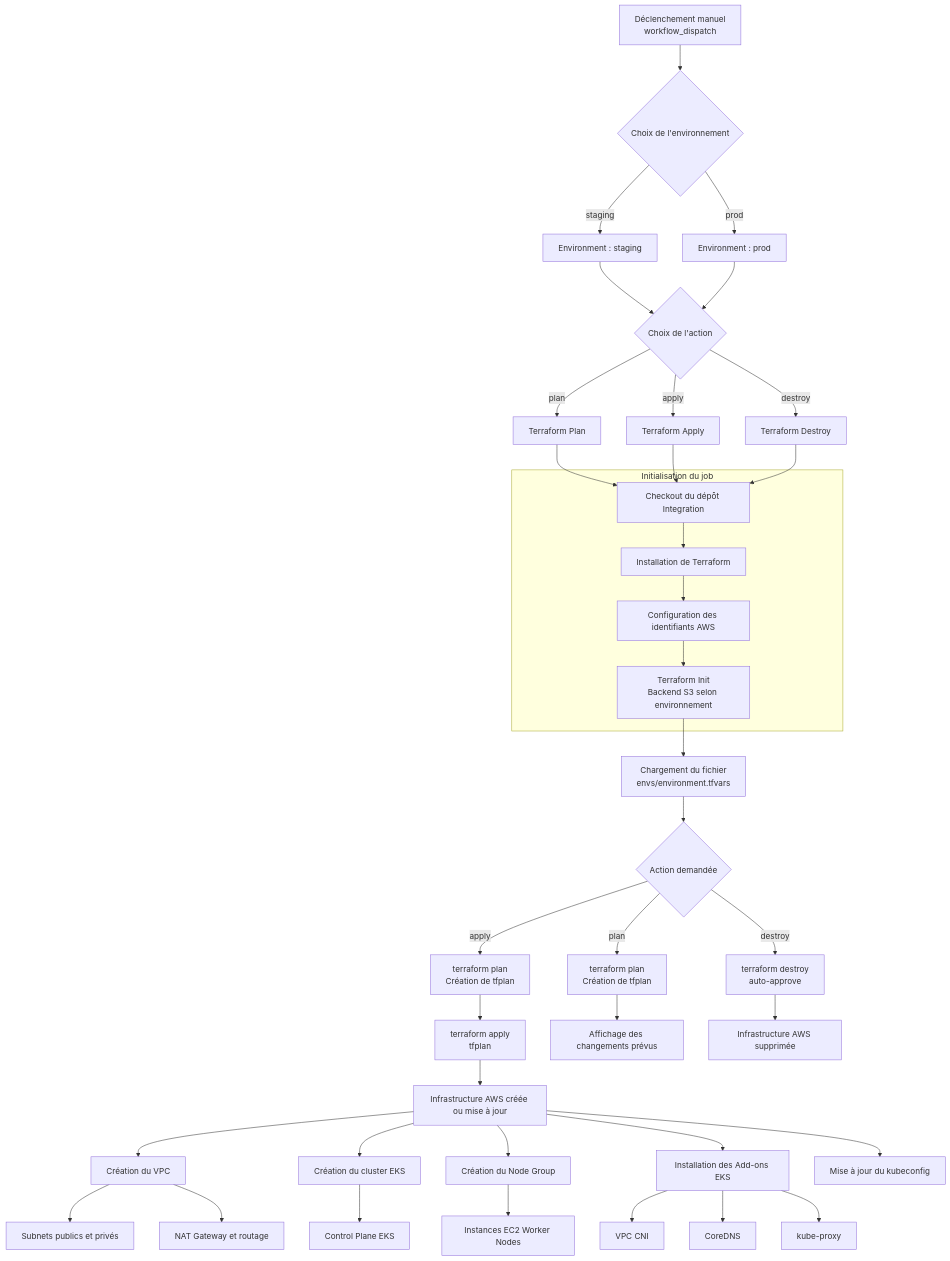
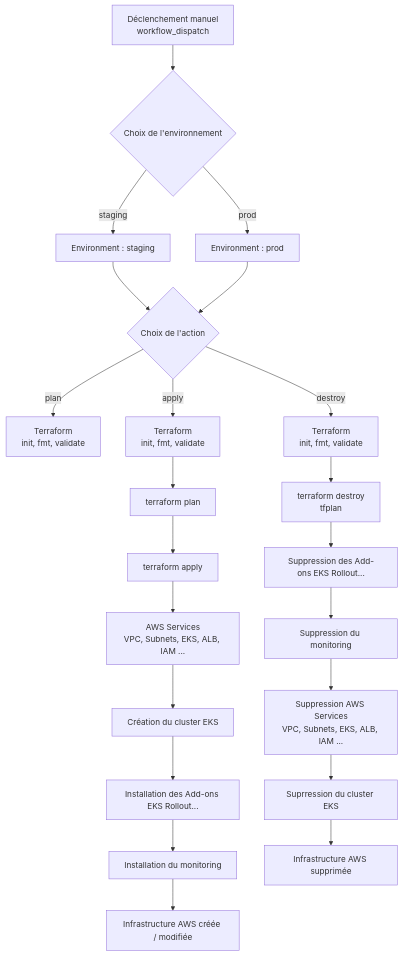
One commit to Project6-Organisation/Project6-Integration changed the diagram in docs/pipeline-infra.md. Above: the diagram before and after it, drawn with Mermaid.

Commit message:
fix: mermaid infra

````diff
--- a/docs/pipeline-infra.md
+++ b/docs/pipeline-infra.md
@@ -26,63 +26,33 @@
 ```mermaid
 flowchart TD
 
     A[Déclenchement manuel<br/>workflow_dispatch]
 
     A --> B{Choix de l'environnement}
 
     B -->|staging| C[Environment : staging]
     B -->|prod| D[Environment : prod]
 
     C --> E{Choix de l'action}
     D --> E
 
-    E -->|plan| F[Terraform Plan]
-    E -->|apply| G[Terraform Apply]
-    E -->|destroy| H[Terraform Destroy]
+    E -->|plan| F[Terraform<br/>init, fmt, validate]
+    E -->|apply| AA[Terraform<br/>init, fmt, validate]
+    E -->|destroy| DA[Terraform<br/>init, fmt, validate]
+    
+    AA --> AB[terraform plan]
+    AB --> AC[terraform apply]
+    AC --> AD[AWS Services<br/>VPC, Subnets, EKS, ALB, IAM ...]
+    AD --> AE[Création du cluster EKS]    
+    AE --> AF[Installation des Add-ons EKS Rollout...]    
+    AF --> AG[Installation du monitoring]
+    AG --> AH[Infrastructure AWS créée / modifiée]
 
-    subgraph INIT["Initialisation du job"]
-        I[Checkout du dépôt Integration]
-        J[Installation de Terraform]
-        K[Configuration des identifiants AWS]
-        L[Terraform Init<br/>Backend S3 selon environnement]
-
-        I --> J
-        J --> K
-        K --> L
-    end
-
-    F --> I
-    G --> I
-    H --> I
-
-    L --> M[Chargement du fichier<br/>envs/environment.tfvars]
-
-    M --> N{Action demandée}
-
-    N -->|plan| O[terraform plan<br/>Création de tfplan]
-    N -->|apply| P[terraform plan<br/>Création de tfplan]
-    N -->|destroy| Q[terraform destroy<br/>auto-approve]
-
-    P --> R[terraform apply<br/>tfplan]
-
-    O --> S[Affichage des changements prévus]
-    R --> T[Infrastructure AWS créée ou mise à jour]
-    Q --> U[Infrastructure AWS supprimée]
-
-    T --> V[Création du VPC]
-    T --> W[Création du cluster EKS]
-    T --> X[Création du Node Group]
-    T --> Y[Installation des Add-ons EKS]
-    T --> Z[Mise à jour du kubeconfig]
-
-    V --> AA[Subnets publics et privés]
-    V --> AB[NAT Gateway et routage]
-
-    W --> AC[Control Plane EKS]
-    X --> AD[Instances EC2 Worker Nodes]
-
-    Y --> AE[VPC CNI]
-    Y --> AF[CoreDNS]
-    Y --> AG[kube-proxy]
+    DA --> DB[terraform destroy<br/>tfplan]    
+    DB --> DC[Suppression des Add-ons EKS Rollout...]
+    DC --> DD[Suppression du monitoring]
+    DD --> DE[Suppression AWS Services<br/>VPC, Subnets, EKS, ALB, IAM ...]
+    DE --> DF[Suprression du cluster EKS]    
+    DF --> DG[Infrastructure AWS supprimée]
     
 ```
````
